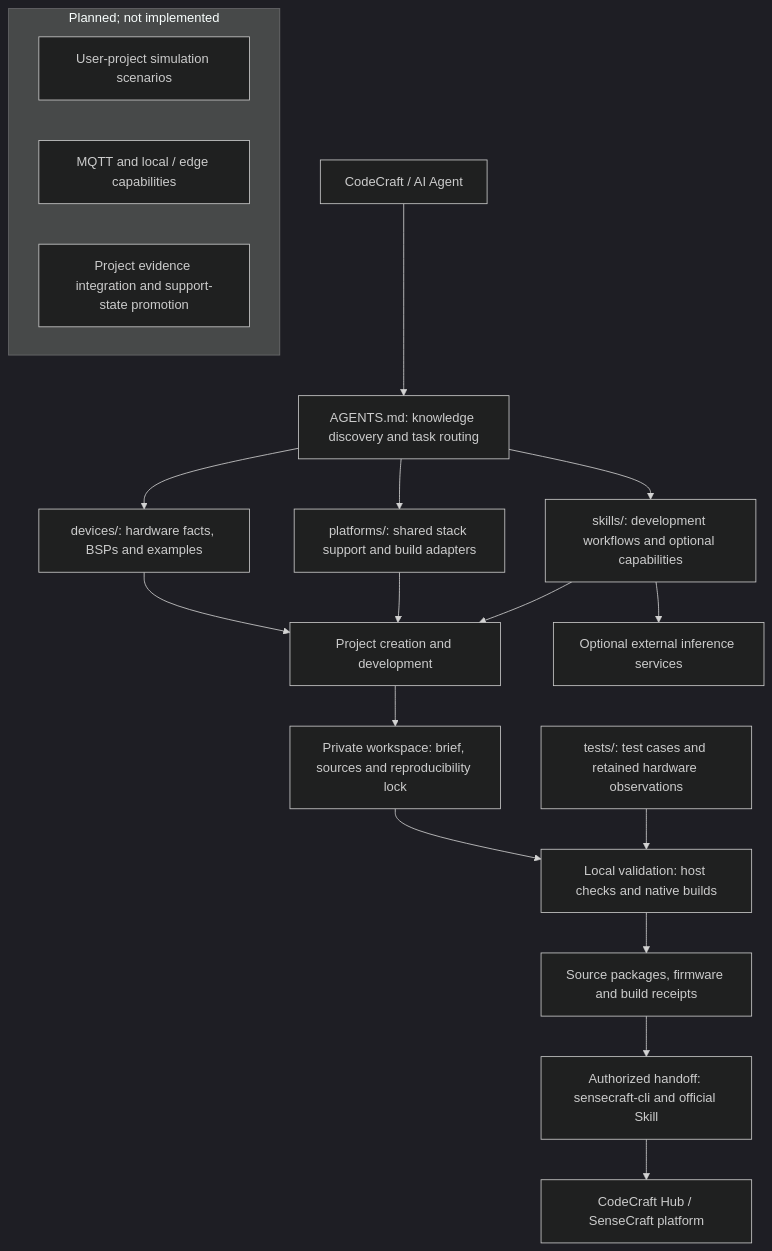
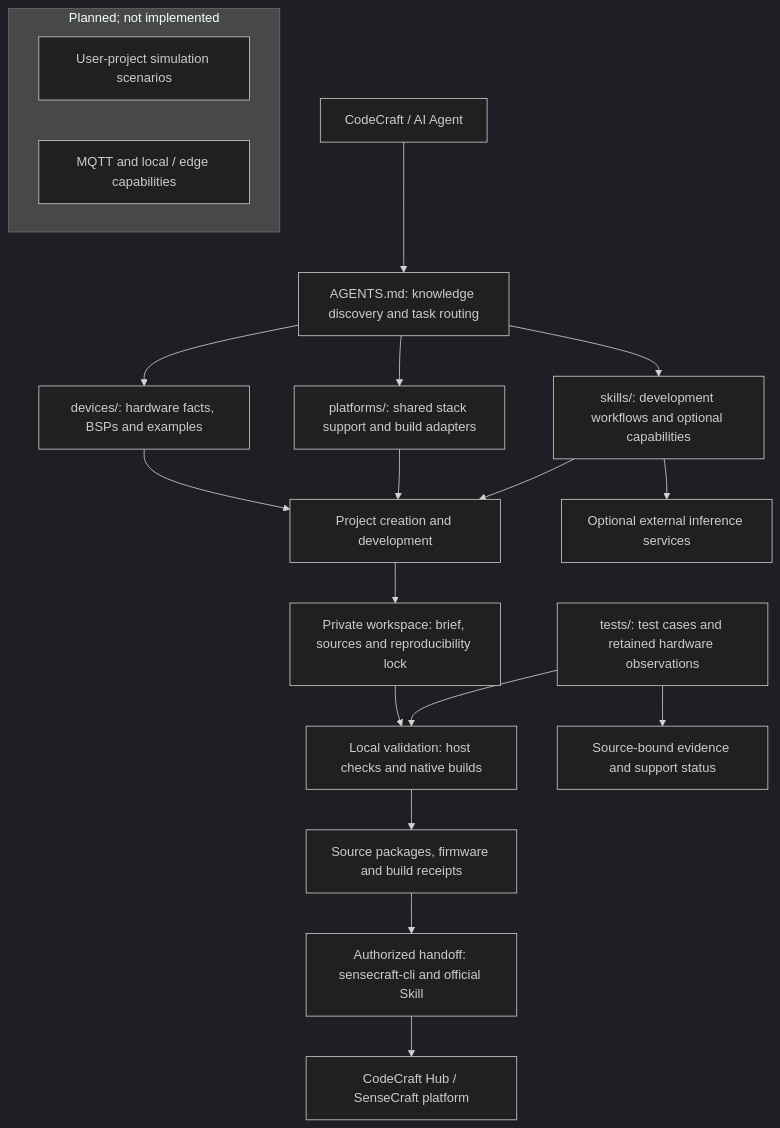
Before and after one commit to Links17/codecraft-ai-hardware: the diagram in docs/architecture/hardware-architecture-plan.md, drawn with Mermaid (dark theme). The commit also changed other lines of this file and 125 other files, not shown here.

````diff
--- a/docs/architecture/hardware-architecture-plan.md
+++ b/docs/architecture/hardware-architecture-plan.md
@@ -38,22 +38,22 @@
 ```mermaid
 flowchart TB
     A["CodeCraft / AI Agent"] --> R["AGENTS.md: knowledge discovery and task routing"]
     R --> D["devices/: hardware facts, BSPs and examples"]
     R --> P["platforms/: shared stack support and build adapters"]
     R --> S["skills/: development workflows and optional capabilities"]
     D --> J["Project creation and development"]
     P --> J
     S --> J
     J --> W["Private workspace: brief, sources and reproducibility lock"]
     W --> V["Local validation: host checks and native builds"]
     V --> O["Source packages, firmware and build receipts"]
+    E --> Q["Source-bound evidence and support status"]
     E["tests/: test cases and retained hardware observations"] --> V
     S --> API["Optional external inference services"]
     O --> H["Authorized handoff: sensecraft-cli and official Skill"]
     H --> HUB["CodeCraft Hub / SenseCraft platform"]
     subgraph Planned["Planned; not implemented"]
         SIM["User-project simulation scenarios"]
         EDGE["MQTT and local / edge capabilities"]
-        EV["Project evidence integration and support-state promotion"]
     end
 ```
````
